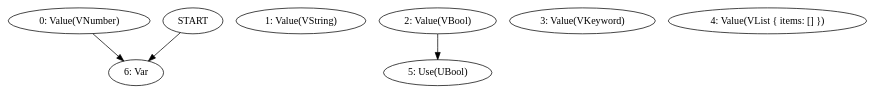
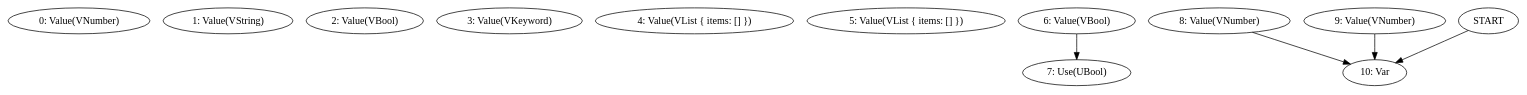
The second of 2 diagrams in docs/log/2025-06-16.md (frondeus/project-s), drawn with Graphviz before and after one commit. The commit also changed other lines of this file and 18 other files, not shown here.

````diff
--- a/docs/log/2025-06-16.md
+++ b/docs/log/2025-06-16.md
@@ -50,15 +54,20 @@
 ```graphviz
 digraph G {
 N0 [label="0: Value(VNumber)"];
 N1 [label="1: Value(VString)"];
 N2 [label="2: Value(VBool)"];
 N3 [label="3: Value(VKeyword)"];
 N4 [label="4: Value(VList { items: [] })"];
-N5 [label="5: Use(UBool)"];
-N6 [label="6: Var"];
-START -> N6
-N0 -> N6;
-N2 -> N5;
+N5 [label="5: Value(VList { items: [] })"];
+N6 [label="6: Value(VBool)"];
+N7 [label="7: Use(UBool)"];
+N8 [label="8: Value(VNumber)"];
+N9 [label="9: Value(VNumber)"];
+N10 [label="10: Var"];
+START -> N10
+N6 -> N7;
+N8 -> N10;
+N9 -> N10;
 }
 
 ```
````
